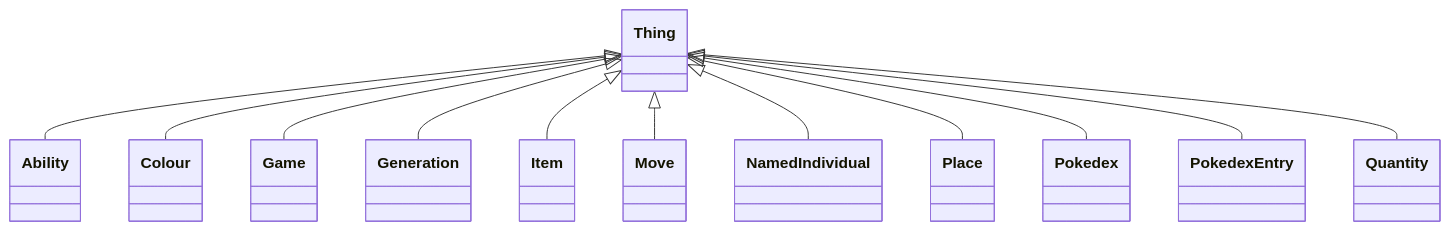
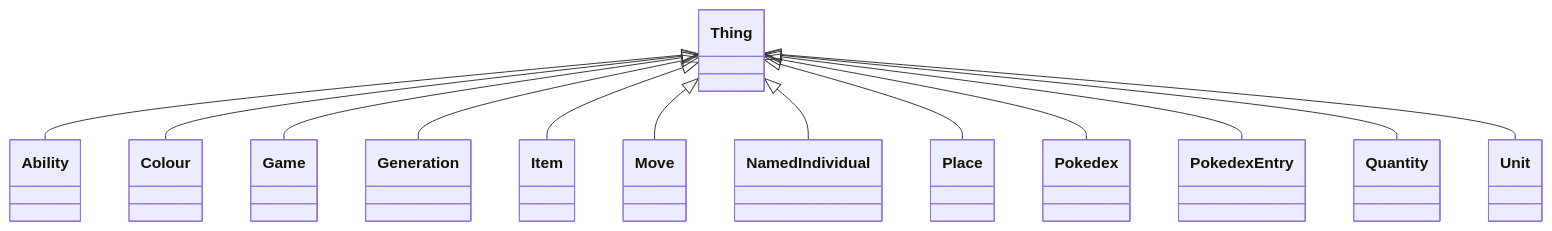
One commit to vladistan/linkml-pokemon changed the eighth of 45 diagrams in project/datadict.md. Above: the diagram before and after it, drawn with Mermaid. The commit also changed other lines of this file and 29 other files, not shown here.

````diff
--- a/project/datadict.md
+++ b/project/datadict.md
@@ -420,15 +429,16 @@
 ```mermaid
 classDiagram
 Thing <|-- Ability
 Thing <|-- Colour
 Thing <|-- Game
 Thing <|-- Generation
 Thing <|-- Item
 Thing <|-- Move
 Thing <|-- NamedIndividual
 Thing <|-- Place
 Thing <|-- Pokedex
 Thing <|-- PokedexEntry
 Thing <|-- Quantity
+Thing <|-- Unit
 
 ```
````
